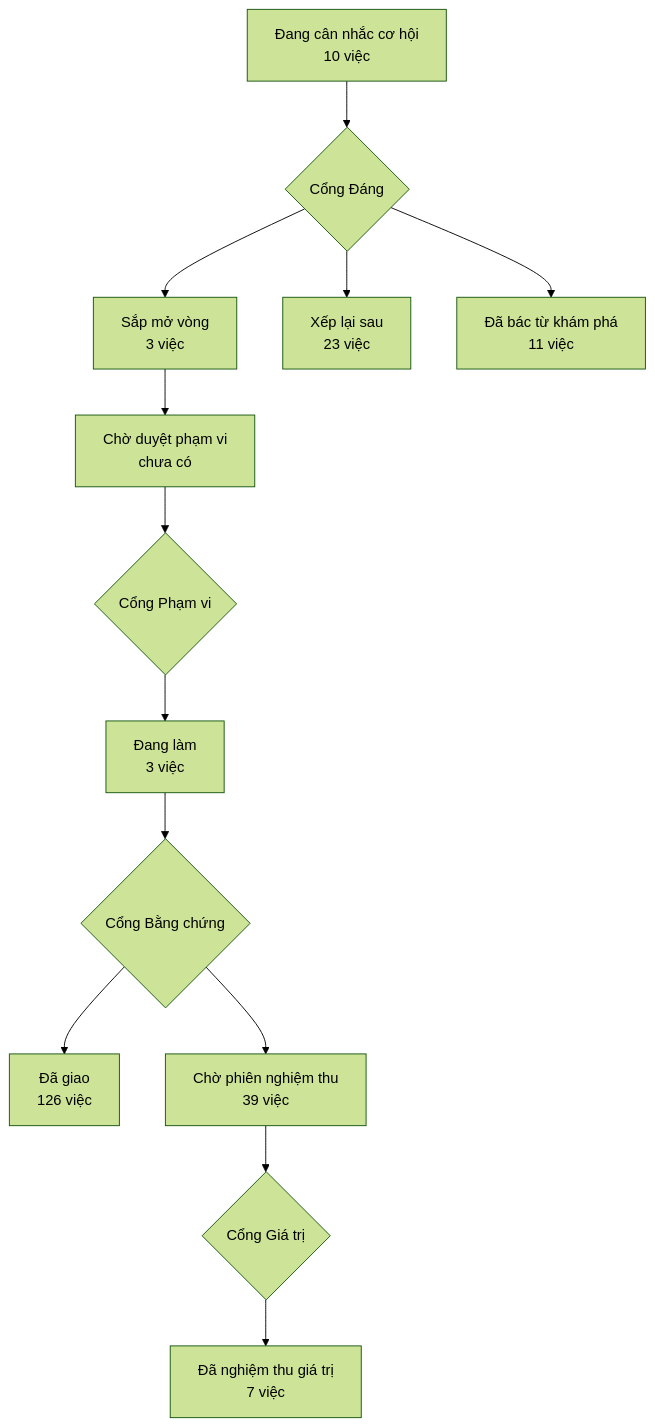
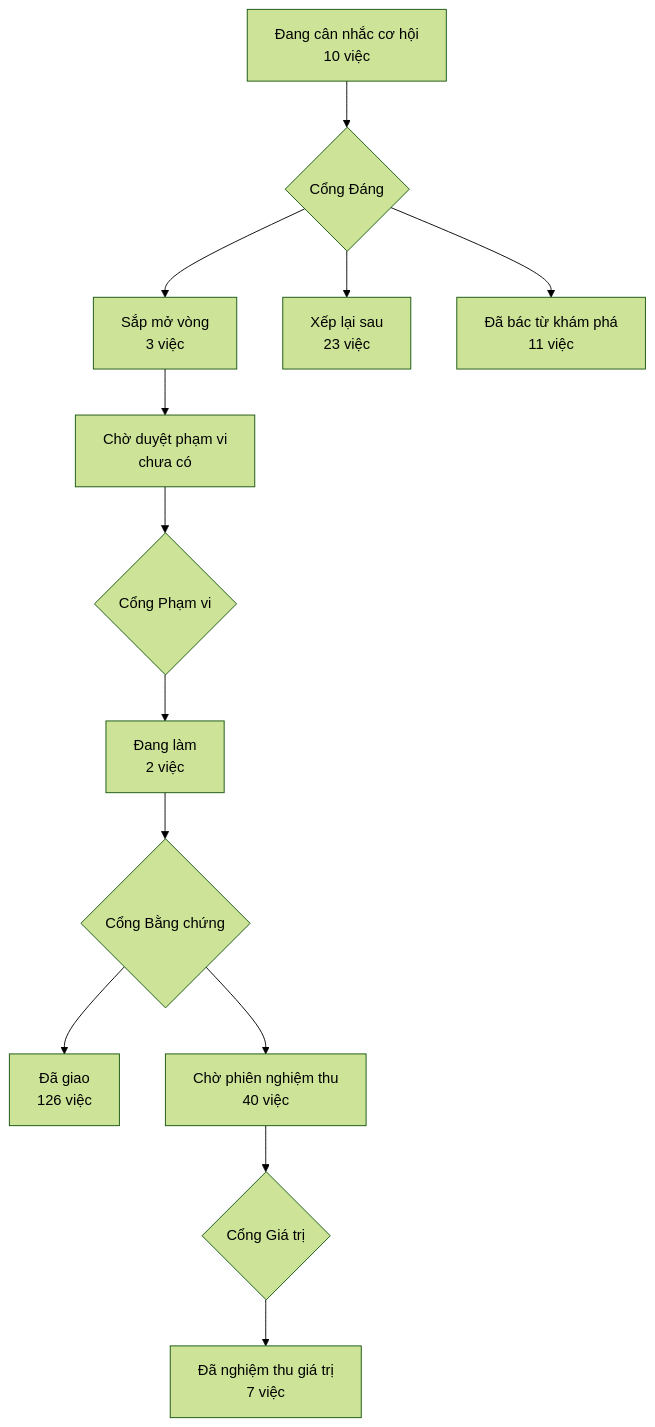
The diagram in PRODUCT-MAP.md (phanlemanh/acceptance-gate-kit), drawn with Mermaid (forest theme) before and after one commit. The commit also changed 7 other files, not shown here.

````diff
--- a/PRODUCT-MAP.md
+++ b/PRODUCT-MAP.md
@@ -7,12 +7,12 @@
 ```mermaid
 flowchart TD
   A["Đang cân nhắc cơ hội<br/>10 việc"] --> GD{"Cổng Đáng"}
   GD --> B["Sắp mở vòng<br/>3 việc"]
   GD --> XL["Xếp lại sau<br/>23 việc"]
   GD --> DB["Đã bác từ khám phá<br/>11 việc"]
   B --> CD["Chờ duyệt phạm vi<br/>chưa có"] --> GP{"Cổng Phạm vi"}
-  GP --> DL["Đang làm<br/>3 việc"] --> GB{"Cổng Bằng chứng"}
+  GP --> DL["Đang làm<br/>2 việc"] --> GB{"Cổng Bằng chứng"}
   GB --> DG["Đã giao<br/>126 việc"]
-  GB --> CN["Chờ phiên nghiệm thu<br/>39 việc"] --> GG{"Cổng Giá trị"}
+  GB --> CN["Chờ phiên nghiệm thu<br/>40 việc"] --> GG{"Cổng Giá trị"}
   GG --> NT["Đã nghiệm thu giá trị<br/>7 việc"]
 ```
````
